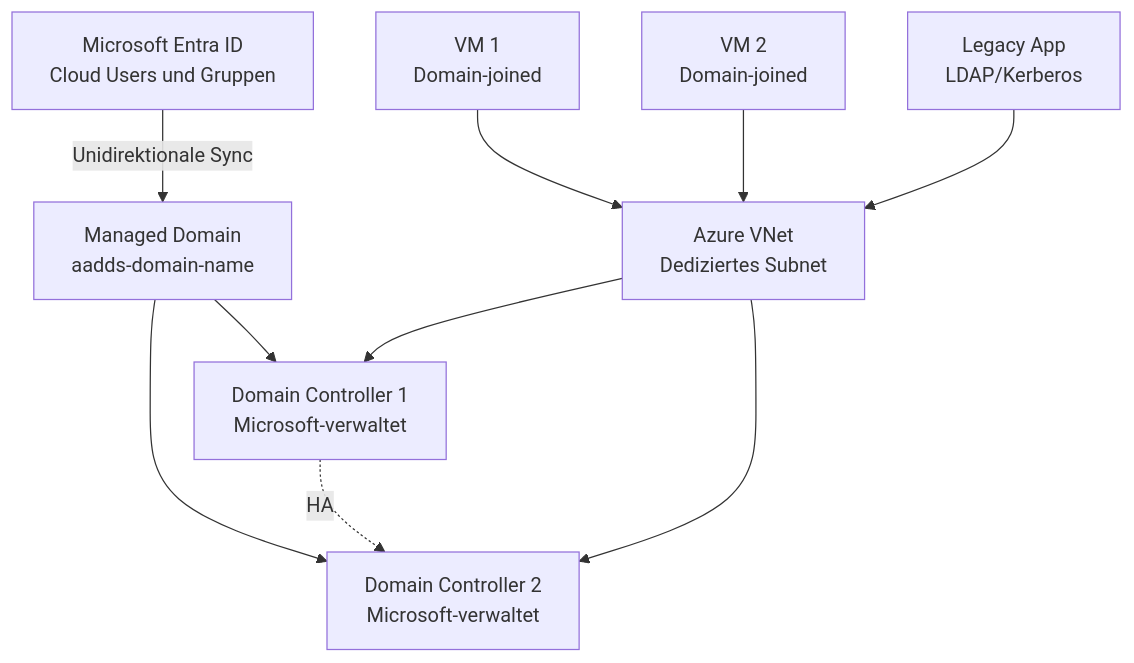
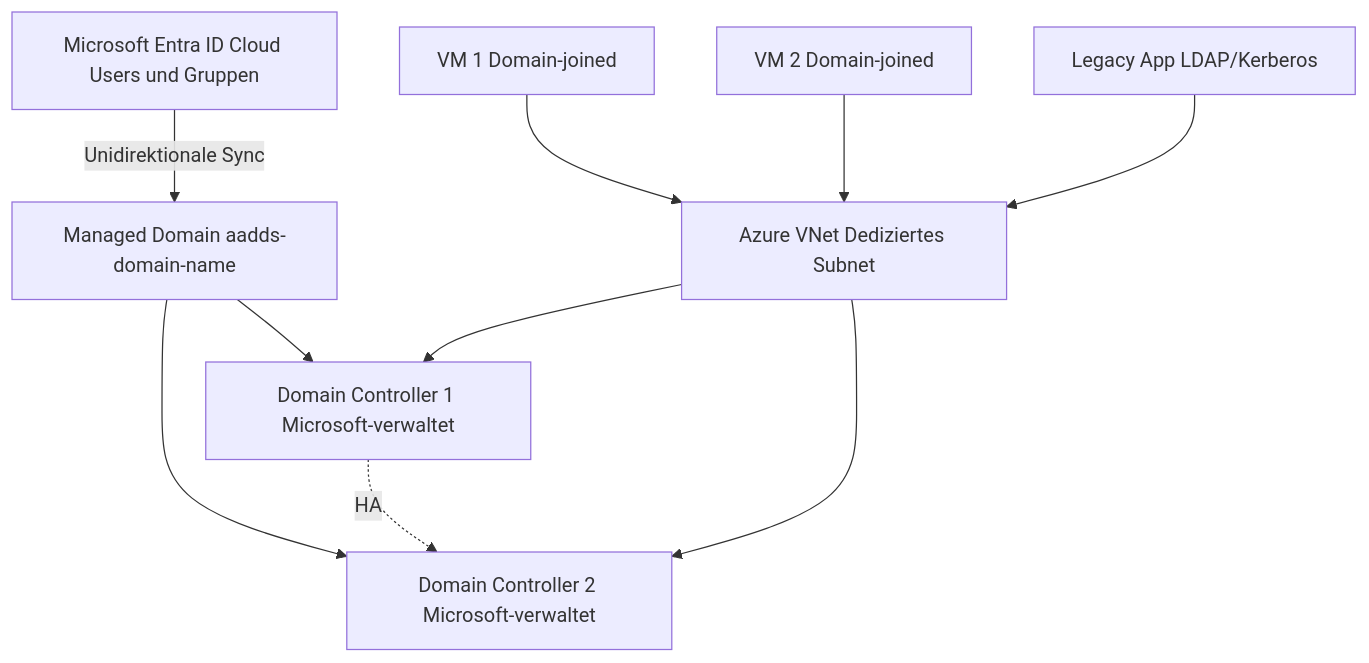
One commit to SoniiiT/notes-n-docs changed the second of 5 diagrams in Microsoft 365/Azure/Identität und Schlüssel/Azure AD Domain Services.md. Above: the diagram before and after it, drawn with Mermaid. The commit also changed other lines of this file and 124 other files, not shown here.

First line of the commit message:
fix: Entferne \n aus allen Mermaid-Diagrammen (125 Dateien)

````diff
--- a/Microsoft 365/Azure/Identität und Schlüssel/Azure AD Domain Services.md
+++ b/Microsoft 365/Azure/Identität und Schlüssel/Azure AD Domain Services.md
@@ -72,14 +72,14 @@
 ```mermaid
 graph TD
-    ENTRAID[Microsoft Entra ID\nCloud Users und Gruppen] -->|Unidirektionale Sync| AADDS[Managed Domain\naadds-domain-name]
-    AADDS --> DC1[Domain Controller 1\nMicrosoft-verwaltet]
-    AADDS --> DC2[Domain Controller 2\nMicrosoft-verwaltet]
+    ENTRAID[Microsoft Entra ID Cloud Users und Gruppen] -->|Unidirektionale Sync| AADDS[Managed Domain aadds-domain-name]
+    AADDS --> DC1[Domain Controller 1 Microsoft-verwaltet]
+    AADDS --> DC2[Domain Controller 2 Microsoft-verwaltet]
     DC1 -.->|HA| DC2
     
-    VNET[Azure VNet\nDediziertes Subnet] --> DC1
+    VNET[Azure VNet Dediziertes Subnet] --> DC1
     VNET --> DC2
     
-    VM1[VM 1\nDomain-joined] --> VNET
-    VM2[VM 2\nDomain-joined] --> VNET
-    APP[Legacy App\nLDAP/Kerberos] --> VNET
+    VM1[VM 1 Domain-joined] --> VNET
+    VM2[VM 2 Domain-joined] --> VNET
+    APP[Legacy App LDAP/Kerberos] --> VNET
 ```
````
